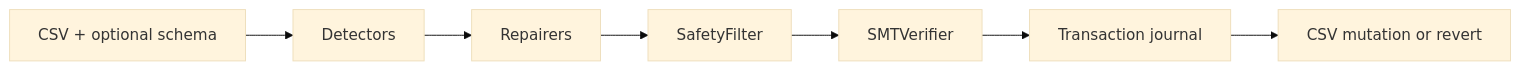
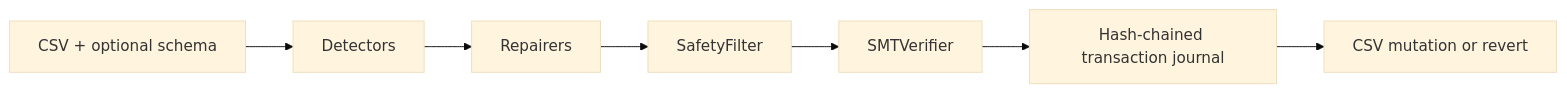
Before and after one commit to Aegis15/dataforge: the diagram in docs/docs/index.md, drawn with Mermaid (base theme). The commit also changed other lines of this file and 93 other files, not shown here.

````diff
--- a/docs/docs/index.md
+++ b/docs/docs/index.md
@@ -32,9 +34,9 @@
 ```mermaid
 flowchart LR
     A["CSV + optional schema"] --> B["Detectors"]
     B --> C["Repairers"]
     C --> D["SafetyFilter"]
     D --> E["SMTVerifier"]
-    E --> F["Transaction journal"]
+    E --> F["Hash-chained transaction journal"]
     F --> G["CSV mutation or revert"]
 ```
````
